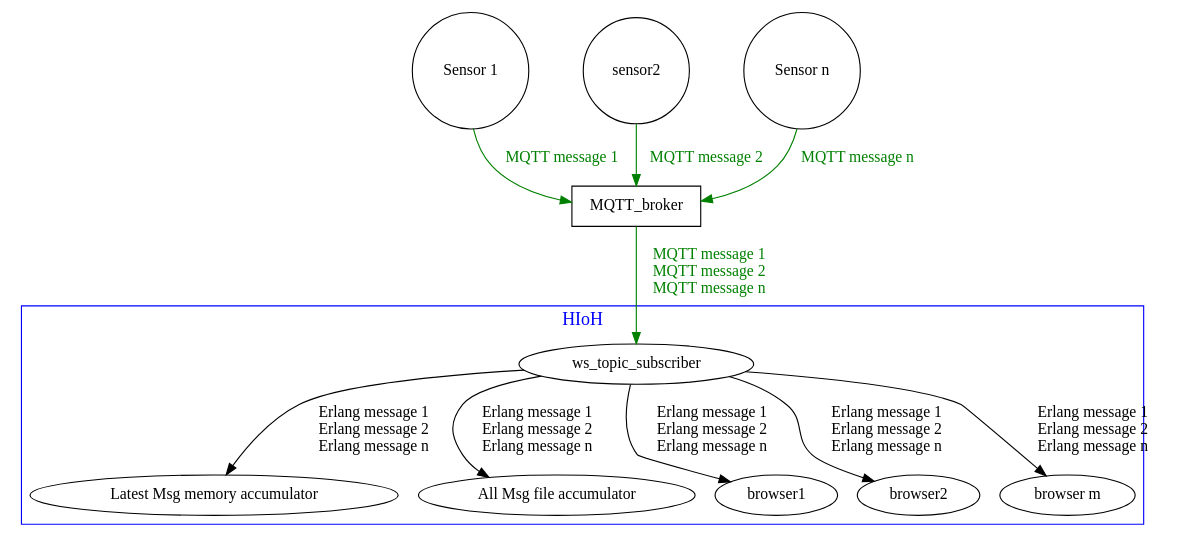
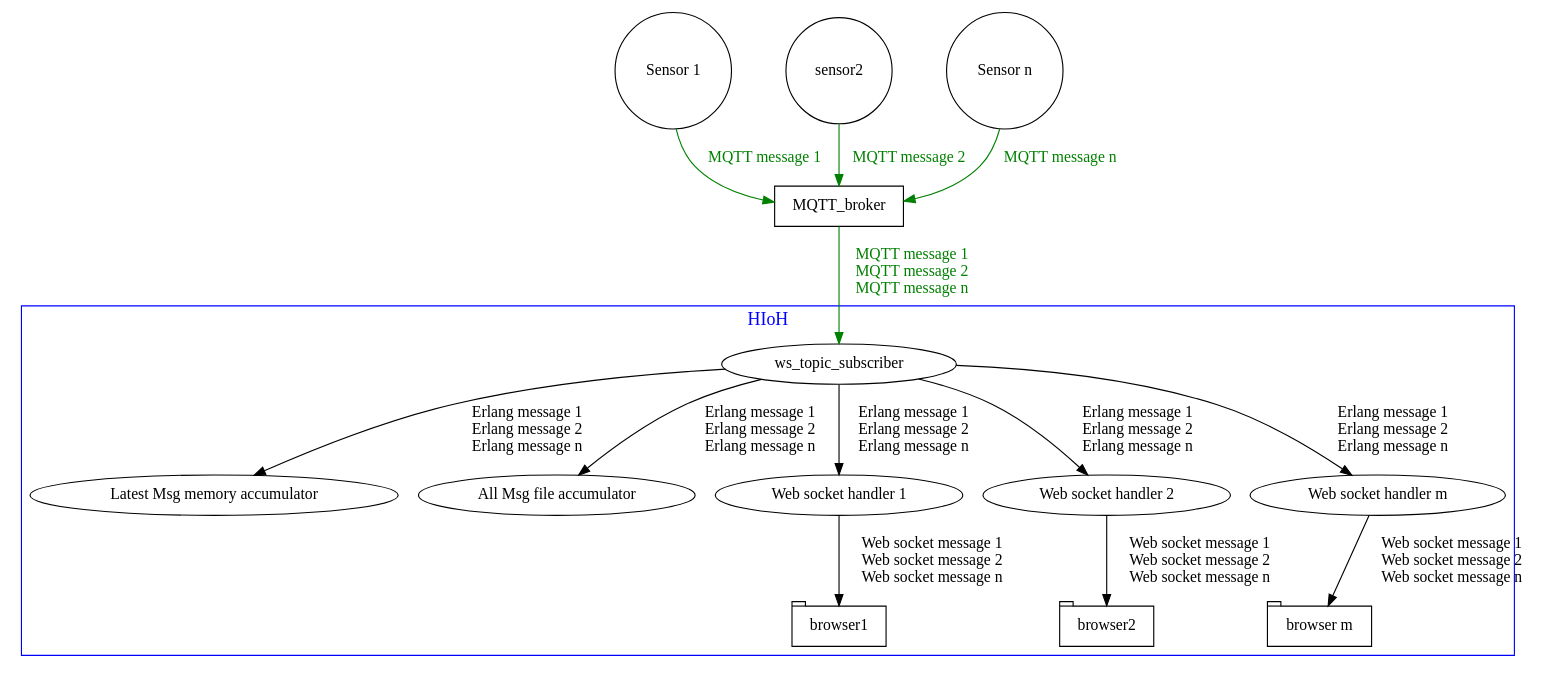
Before and after one commit to azku/HIoH: the diagram in hioh.dot, drawn with Graphviz. The commit also changed 1 other file, not shown here.

```diff
--- a/hioh.dot
+++ b/hioh.dot
@@ -1,42 +1,49 @@
 digraph {
         
 sensor1[shape="circle", label="Sensor 1"];
 sensor2[shape="circle", style=rounded];
 sensorn[shape="circle", label="Sensor n"];
 MQTT_broker[shape="box"];
 subgraph cluster1 {
         label = "HIoH";
         fontcolor="blue";
         fontsize=16;
         
         ws_topic_subscriber
         memory_acc[label="Latest Msg memory accumulator"];
         file_acc[label="All Msg file accumulator"];
         browser1;
         browser2;
         browserm[label="browser m"];
         color=blue;
 }
  
     sensor1 -> MQTT_broker[label="MQTT message 1" color="green" fontcolor="green"];
     sensor2 -> MQTT_broker[label="MQTT message 2" color="green" fontcolor="green"];
     sensorn -> MQTT_broker[label="MQTT message n" color="green" fontcolor="green"];
 
     MQTT_broker ->ws_topic_subscriber[label="MQTT message 1 \nMQTT message 2 \nMQTT message n"color="green" fontcolor="green"];
 
     subgraph cluster1 {
             color=blue;
             memory_acc;
             file_acc;
-            browser1;
-            browser2;
-            browserm[label="browser m"];
+            ws_handler1[label="Web socket handler 1"];
+            ws_handler2[label="Web socket handler 2"];
+            ws_handlerm[label="Web socket handler m"];
+            browser1[shape="tab"];
+            browser2[shape="tab"];
+            browserm[label="browser m" shape="tab"];
 
             }
     ws_topic_subscriber-> memory_acc[label="Erlang message 1 \nErlang message 2 \nErlang message n"];
     ws_topic_subscriber-> file_acc[label="Erlang message 1 \nErlang message 2 \nErlang message n"];
-    ws_topic_subscriber-> browser1[label="Erlang message 1 \nErlang message 2 \nErlang message n"];
-    ws_topic_subscriber-> browser2[label="Erlang message 1 \nErlang message 2 \nErlang message n"];
-    ws_topic_subscriber-> browserm[label="Erlang message 1 \nErlang message 2 \nErlang message n"];
+    ws_topic_subscriber-> ws_handler1[label="Erlang message 1 \nErlang message 2 \nErlang message n"];
+    ws_topic_subscriber-> ws_handler2[label="Erlang message 1 \nErlang message 2 \nErlang message n"];
+    ws_topic_subscriber-> ws_handlerm[label="Erlang message 1 \nErlang message 2 \nErlang message n"];
+
+    ws_handler1 -> browser1[label="Web socket message 1 \nWeb socket message 2 \nWeb socket message n"];
+    ws_handler2 -> browser2[label="Web socket message 1 \nWeb socket message 2 \nWeb socket message n"];
+    ws_handlerm -> browserm[label="Web socket message 1 \nWeb socket message 2 \nWeb socket message n"];
 
 }
```
